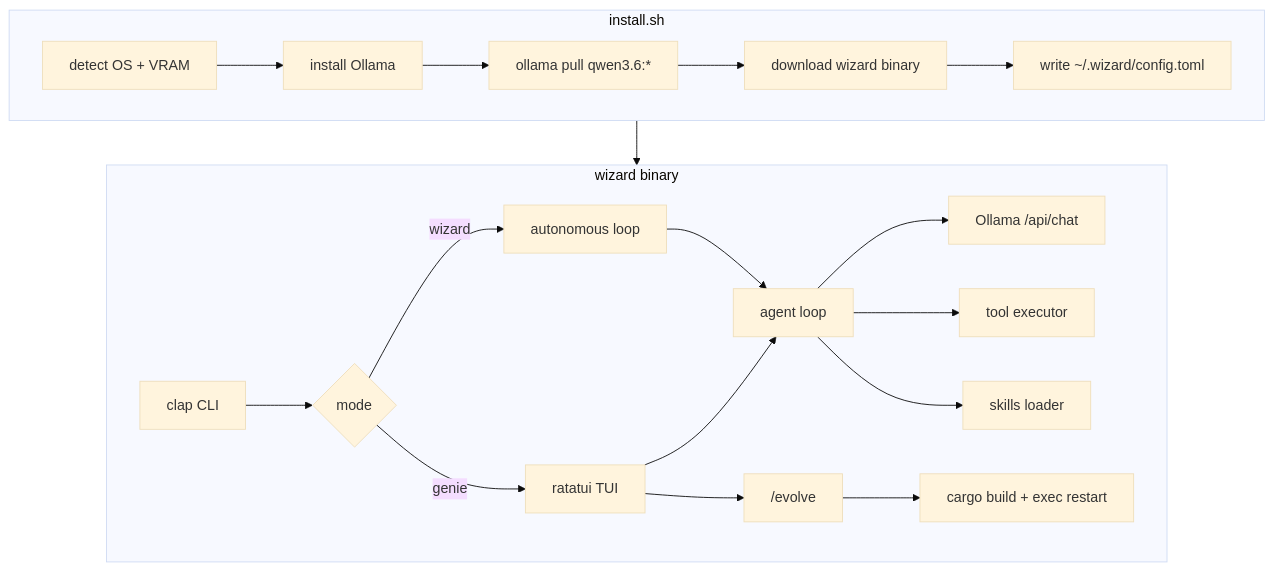
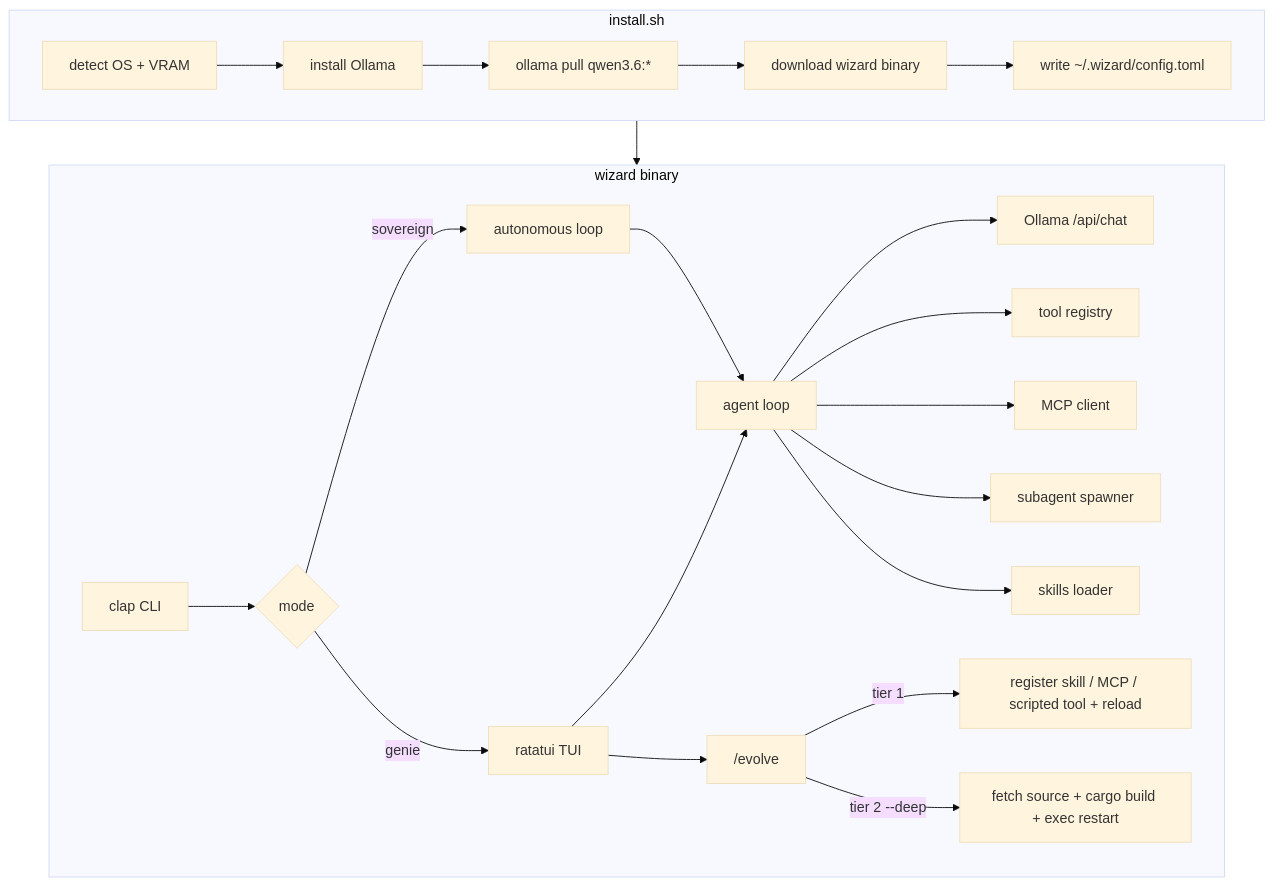
Before and after one commit to birhantprkc/wizard: the diagram in docs/architecture.md, drawn with Mermaid (base theme). The commit also changed other lines of this file and 5 other files, not shown here.

First line of the commit message:
Revise docs: sovereign mode rename, tiered /evolve, MCP, honest security model

````diff
--- a/docs/architecture.md
+++ b/docs/architecture.md
@@ -7,24 +7,27 @@
 ```mermaid
 flowchart TB
     subgraph install [install.sh]
         A[detect OS + VRAM] --> B[install Ollama]
         B --> C["ollama pull qwen3.6:*"]
         C --> D[download wizard binary]
         D --> E["write ~/.wizard/config.toml"]
     end
 
     subgraph runtime [wizard binary]
         CLI[clap CLI] --> Mode{mode}
         Mode -->|genie| TUI[ratatui TUI]
-        Mode -->|wizard| Headless[autonomous loop]
+        Mode -->|sovereign| Headless[autonomous loop]
         TUI --> Agent[agent loop]
         Headless --> Agent
         Agent --> LLM[Ollama /api/chat]
-        Agent --> Tools[tool executor]
+        Agent --> Tools[tool registry]
+        Agent --> MCP[MCP client]
+        Agent --> Sub[subagent spawner]
         Agent --> Skills[skills loader]
         TUI --> Evolve["/evolve"]
-        Evolve --> Build[cargo build + exec restart]
+        Evolve -->|tier 1| Live[register skill / MCP / scripted tool + reload]
+        Evolve -->|tier 2 --deep| Build[fetch source + cargo build + exec restart]
     end
 
     install --> runtime
 ```
````
